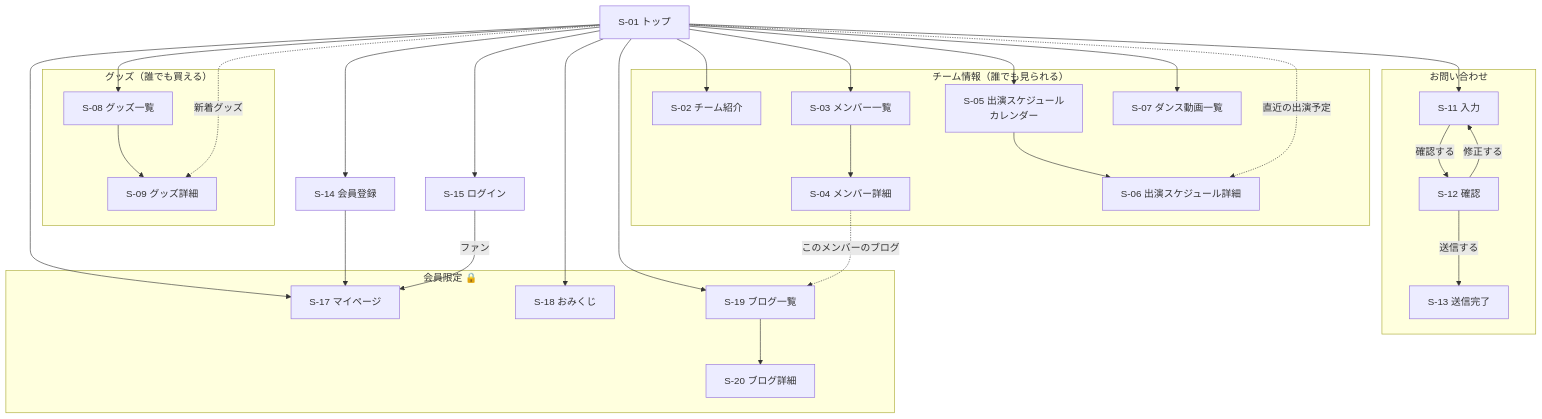
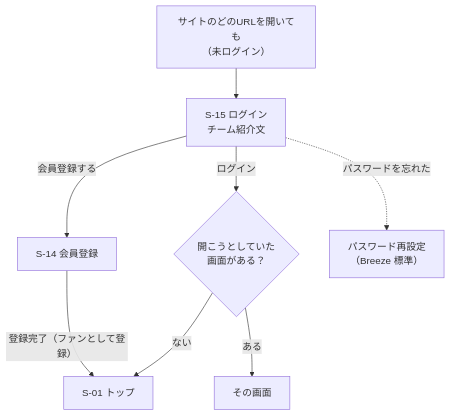
The first of 4 diagrams in docs/01_screen-design/screen-transition.md (sena-tanaka/fan-site), drawn with Mermaid before and after one commit. The commit also changed other lines of this file and 10 other files, not shown here.

````diff
--- a/docs/01_screen-design/screen-transition.md
+++ b/docs/01_screen-design/screen-transition.md
@@ -19,36 +20,10 @@
 ```mermaid
 flowchart TD
-    TOP["S-01 トップ"]
-
-    subgraph info["チーム情報（誰でも見られる）"]
-        TEAM["S-02 チーム紹介"]
-        MEM["S-03 メンバー一覧"] --> MEMD["S-04 メンバー詳細"]
-        SCH["S-05 出演スケジュール<br>カレンダー"] --> SCHD["S-06 出演スケジュール詳細"]
-        MOV["S-07 ダンス動画一覧"]
-    end
-
-    subgraph goods["グッズ（誰でも買える）"]
-        GDS["S-08 グッズ一覧"] --> GDSD["S-09 グッズ詳細"]
-    end
-
-    subgraph contact["お問い合わせ"]
-        CON["S-11 入力"] -->|確認する| CONC["S-12 確認"]
-        CONC -->|修正する| CON
-        CONC -->|送信する| CONF["S-13 送信完了"]
-    end
-
-    subgraph member["会員限定 🔒"]
-        MY["S-17 マイページ"]
-        OMI["S-18 おみくじ"]
-        BLOG["S-19 ブログ一覧"] --> BLOGD["S-20 ブログ詳細"]
-    end
-
-    TOP --> TEAM & MEM & SCH & MOV & GDS & CON
-    TOP --> MY & OMI & BLOG
-    TOP --> REG["S-14 会員登録"] --> MY
-    TOP --> LOGIN["S-15 ログイン"]
-    LOGIN -->|ファン| MY
-    MEMD -.->|このメンバーのブログ| BLOG
-    TOP -.->|直近の出演予定| SCHD
-    TOP -.->|新着グッズ| GDSD
+    ANY["サイトのどのURLを開いても<br>（未ログイン）"] --> LOGIN["S-15 ログイン<br>チーム紹介文"]
+    LOGIN -->|会員登録する| REG["S-14 会員登録"]
+    REG -->|登録完了（ファンとして登録）| TOP["S-01 トップ"]
+    LOGIN -->|ログイン| BACK{"開こうとしていた<br>画面がある？"}
+    BACK -->|ある| ORIG["その画面"]
+    BACK -->|ない| TOP
+    LOGIN -.->|パスワードを忘れた| RESET["パスワード再設定<br>（Breeze 標準）"]
 ```
````
